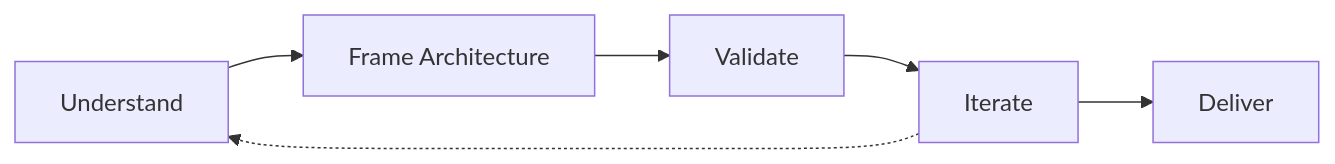
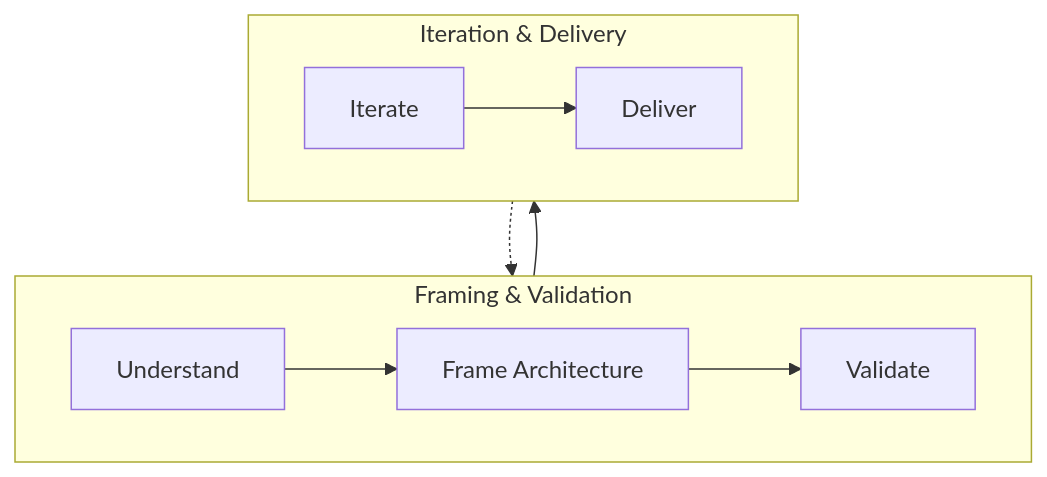
The fifth of 24 diagrams in docs/sop/methods/architecture-assessment-and-roadmap.md (avfranco-br/portfolio), drawn with Mermaid before and after one commit. The commit also changed other lines of this file and 10 other files, not shown here.

Commit message:
Refactor Mermaid diagrams across SOP and methods documentation for legibility

````diff
--- a/docs/sop/methods/architecture-assessment-and-roadmap.md
+++ b/docs/sop/methods/architecture-assessment-and-roadmap.md
@@ -340,10 +364,16 @@
 ```mermaid
-flowchart LR
-    A["Understand"]
-    B["Frame Architecture"]
-    C["Validate"]
-    D["Iterate"]
-    E["Deliver"]
-    A --> B --> C --> D --> E
+flowchart TD
+    subgraph Tier1["Framing & Validation"]
+        direction LR
+        A["Understand"] --> B["Frame Architecture"]
+        B --> C["Validate"]
+    end
+
+    subgraph Tier2["Iteration & Delivery"]
+        direction LR
+        D["Iterate"] --> E["Deliver"]
+    end
+
+    C --> D
     D -.-> A
 ```
````
